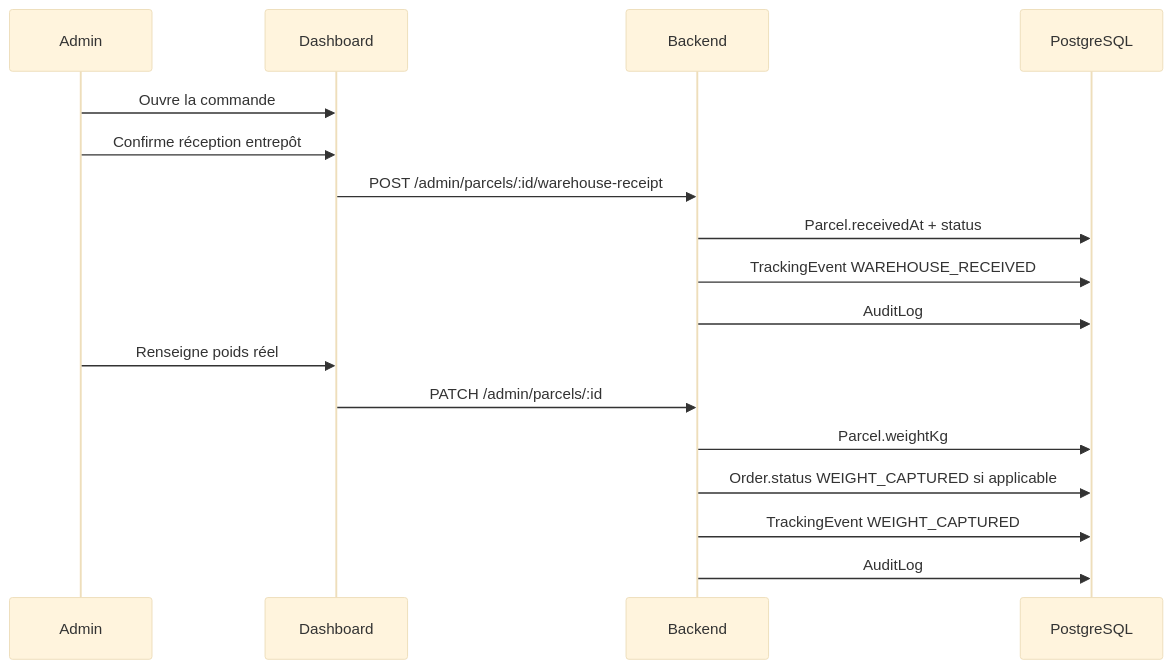
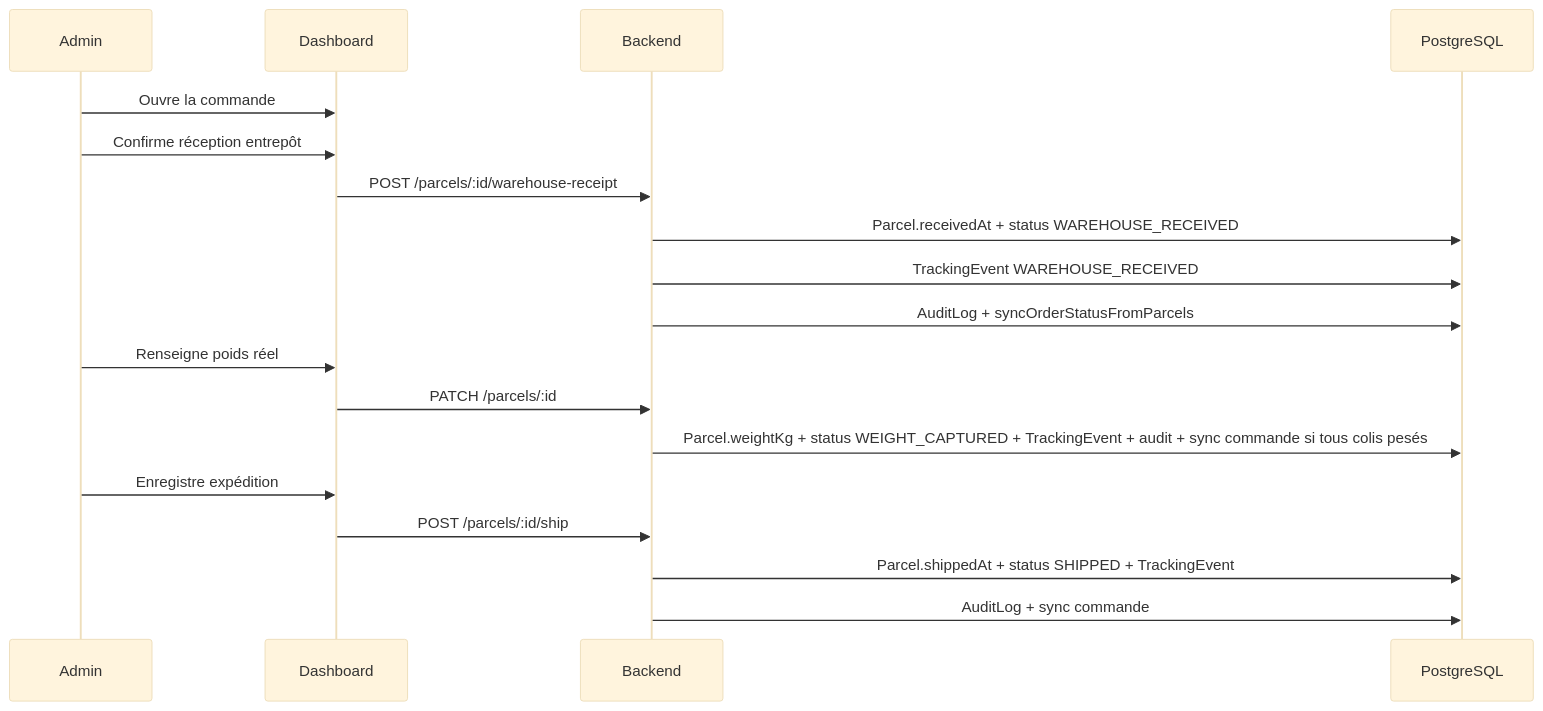
One commit to MrGosO5/Lasolution changed the second of 5 diagrams in docs/admin-ops-backoffice.md. Above: the diagram before and after it, drawn with Mermaid (base theme). The commit also changed other lines of this file and 28 other files, not shown here.

````diff
--- a/docs/admin-ops-backoffice.md
+++ b/docs/admin-ops-backoffice.md
@@ -371,20 +387,21 @@
 ```mermaid
 sequenceDiagram
   participant A as Admin
   participant UI as Dashboard
   participant API as Backend
   participant DB as PostgreSQL
 
   A->>UI: Ouvre la commande
   A->>UI: Confirme réception entrepôt
-  UI->>API: POST /admin/parcels/:id/warehouse-receipt
-  API->>DB: Parcel.receivedAt + status
+  UI->>API: POST /parcels/:id/warehouse-receipt
+  API->>DB: Parcel.receivedAt + status WAREHOUSE_RECEIVED
   API->>DB: TrackingEvent WAREHOUSE_RECEIVED
-  API->>DB: AuditLog
+  API->>DB: AuditLog + syncOrderStatusFromParcels
   A->>UI: Renseigne poids réel
-  UI->>API: PATCH /admin/parcels/:id
-  API->>DB: Parcel.weightKg
-  API->>DB: Order.status WEIGHT_CAPTURED si applicable
-  API->>DB: TrackingEvent WEIGHT_CAPTURED
-  API->>DB: AuditLog
+  UI->>API: PATCH /parcels/:id
+  API->>DB: Parcel.weightKg + status WEIGHT_CAPTURED + TrackingEvent + audit + sync commande si tous colis pesés
+  A->>UI: Enregistre expédition
+  UI->>API: POST /parcels/:id/ship
+  API->>DB: Parcel.shippedAt + status SHIPPED + TrackingEvent
+  API->>DB: AuditLog + sync commande
 ```
````
